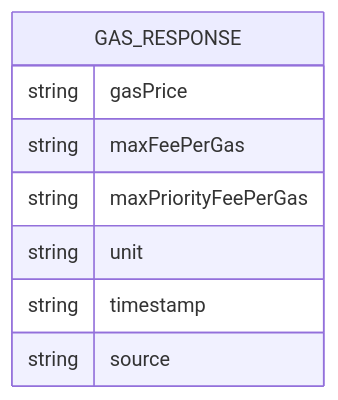
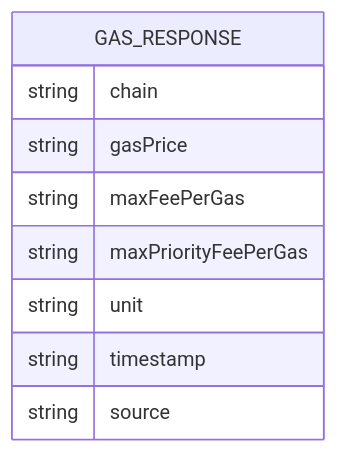
Before and after one commit to CryptoLinxu/Web3-AI-Agent: the fourth of 8 diagrams in .qoder/repowiki/zh/content/Web3工具集成/核心Web3工具实现/Gas价格查询工具.md, drawn with Mermaid. The commit also changed other lines of this file and 9 other files, not shown here.

````diff
--- a/.qoder/repowiki/zh/content/Web3工具集成/核心Web3工具实现/Gas价格查询工具.md
+++ b/.qoder/repowiki/zh/content/Web3工具集成/核心Web3工具实现/Gas价格查询工具.md
@@ -189,11 +199,12 @@
 ```mermaid
 erDiagram
 GAS_RESPONSE {
+string chain
 string gasPrice
 string maxFeePerGas
 string maxPriorityFeePerGas
 string unit
 string timestamp
 string source
 }
 ```
````
